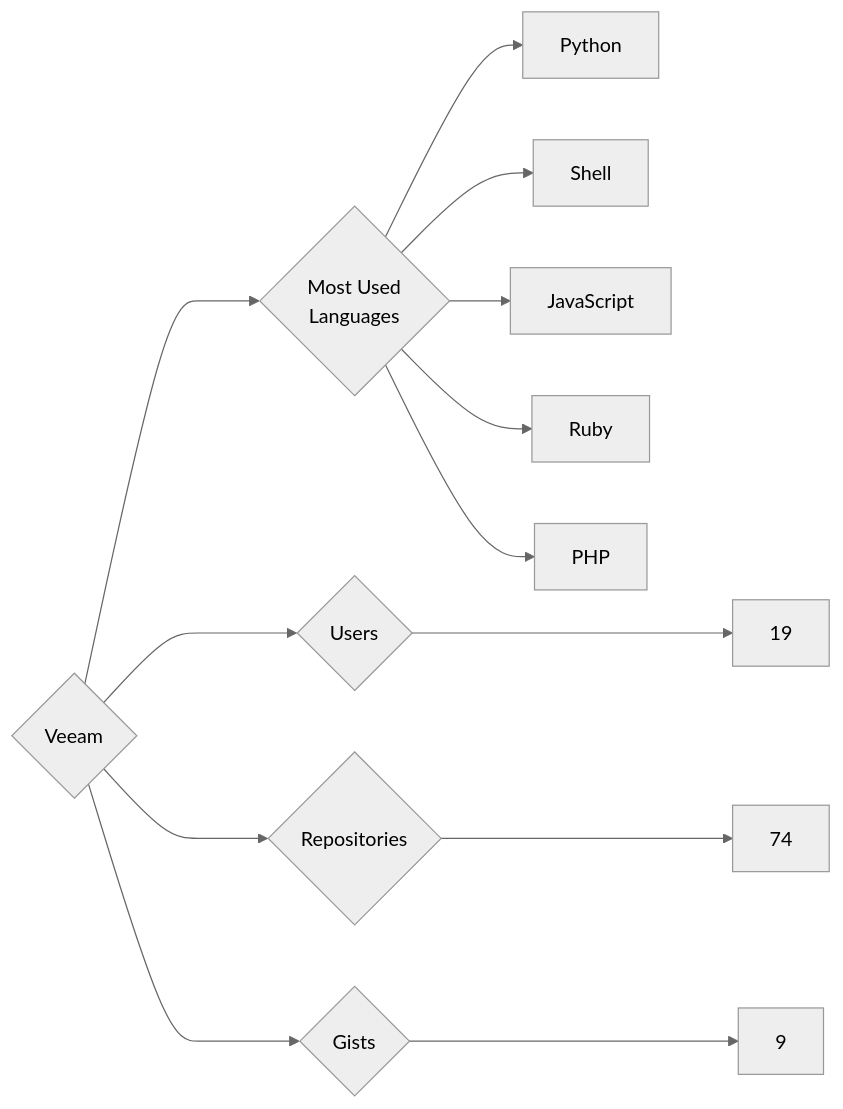
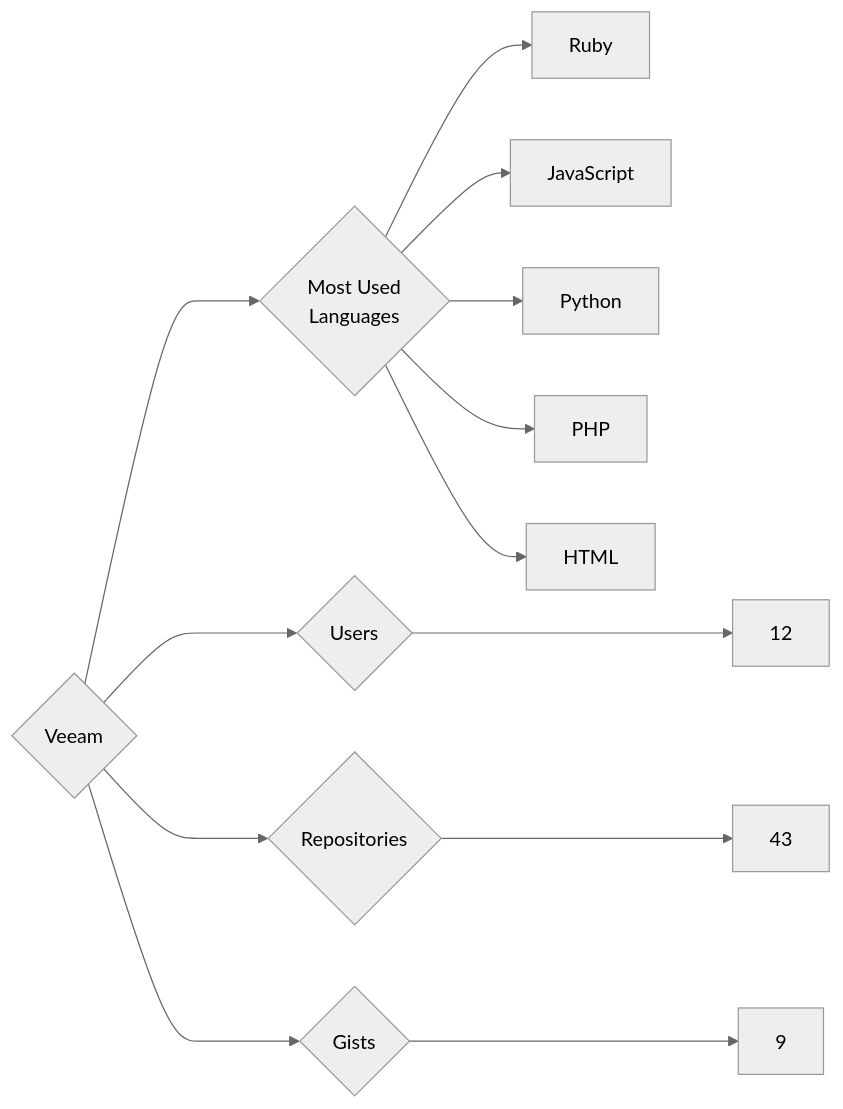
Before and after one commit to trickest/insiders: the diagram in targets/Veeam/README.md, drawn with Mermaid (neutral theme). The commit also changed 964 other files, not shown here.

````diff
--- a/targets/Veeam/README.md
+++ b/targets/Veeam/README.md
@@ -3,13 +3,13 @@
 ```mermaid
 graph LR
 COMPANY_NAME{Veeam}
-COMPANY_NAME ---> U{Users} ---> UN[19]
-COMPANY_NAME ---> R{Repositories} ---> RN[74]
+COMPANY_NAME ---> U{Users} ---> UN[12]
+COMPANY_NAME ---> R{Repositories} ---> RN[43]
 COMPANY_NAME ---> G{Gists} ---> GN[9]
 COMPANY_NAME ---> ML{Most Used<br>Languages}
+ML --> Ruby[Ruby]
+ML --> JavaScript[JavaScript]
 ML --> Python[Python]
-ML --> Shell[Shell]
-ML --> JavaScript[JavaScript]
-ML --> Ruby[Ruby]
 ML --> PHP[PHP]
+ML --> HTML[HTML]
 ```
````
